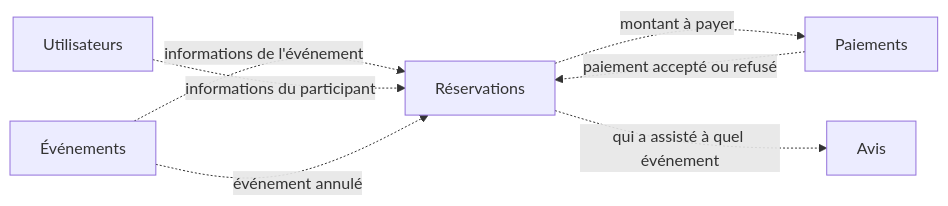
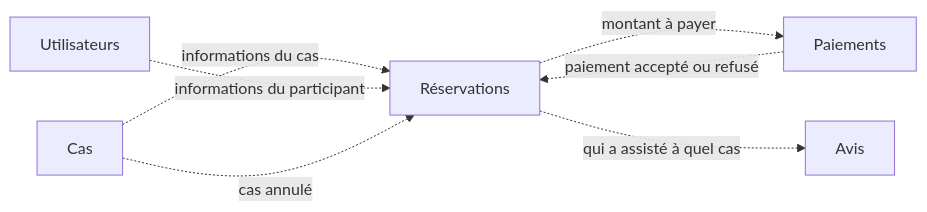
Before and after one commit to Yturpin/Event_reservation: the diagram in README.md, drawn with Mermaid. The commit also changed other lines of this file and 1 other file, not shown here.

Commit message:
Ajouter les conventions du projet et nommer « cas » ce que l'on réserve

````diff
--- a/README.md
+++ b/README.md
@@ -43,15 +50,15 @@
 ```mermaid
 flowchart LR
     U[Utilisateurs]
-    E[Événements]
+    E[Cas]
     R[Réservations]
     P[Paiements]
     A[Avis]
 
-    E -. informations de l'événement .-> R
+    E -. informations du cas .-> R
     U -. informations du participant .-> R
     R -. montant à payer .-> P
     P -. paiement accepté ou refusé .-> R
-    R -. qui a assisté à quel événement .-> A
-    E -. événement annulé .-> R
+    R -. qui a assisté à quel cas .-> A
+    E -. cas annulé .-> R
 ```
````
